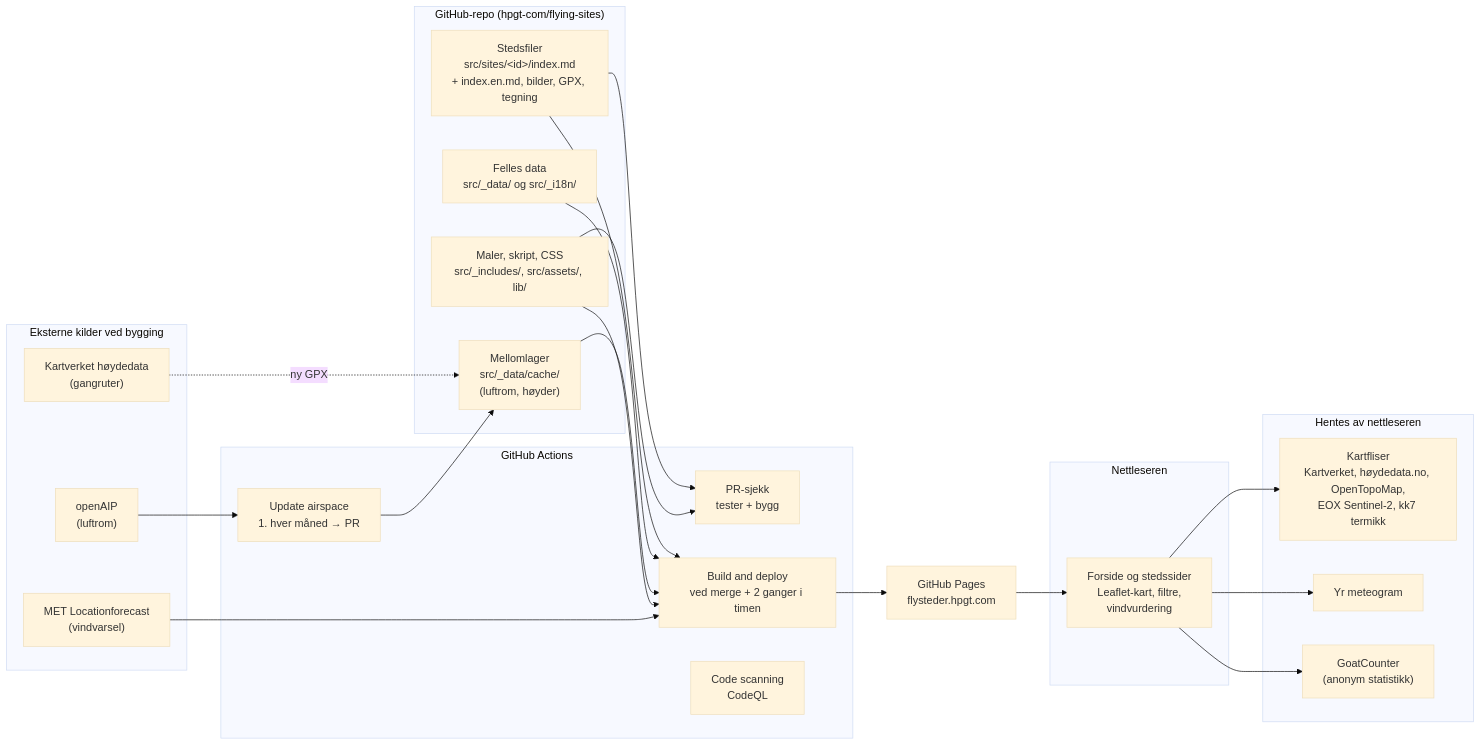
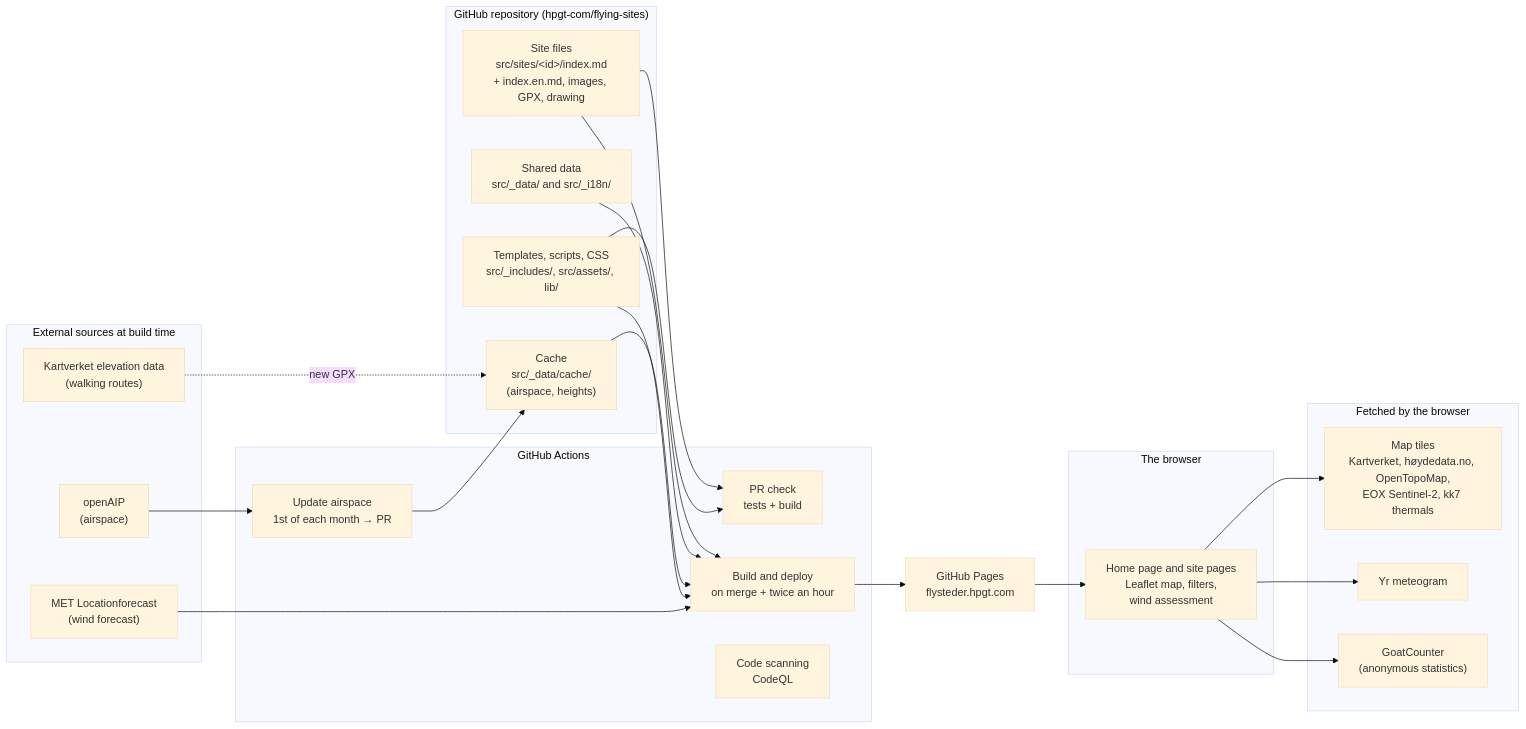
One commit to hpgt-com/flying-sites changed the first of 6 diagrams in docs/architecture.md. Above: the diagram before and after it, drawn with Mermaid (base theme). The commit also changed other lines of this file and 7 other files, not shown here.

````diff
--- a/docs/architecture.md
+++ b/docs/architecture.md
@@ -13,42 +13,42 @@
 ```mermaid
 flowchart LR
-  subgraph repo["GitHub-repo (hpgt-com/flying-sites)"]
-    sites["Stedsfiler<br/>src/sites/&lt;id&gt;/index.md<br/>+ index.en.md, bilder, GPX, tegning"]
-    data["Felles data<br/>src/_data/ og src/_i18n/"]
-    cache["Mellomlager<br/>src/_data/cache/<br/>(luftrom, høyder)"]
-    code["Maler, skript, CSS<br/>src/_includes/, src/assets/, lib/"]
+  subgraph repo["GitHub repository (hpgt-com/flying-sites)"]
+    sites["Site files<br/>src/sites/&lt;id&gt;/index.md<br/>+ index.en.md, images, GPX, drawing"]
+    data["Shared data<br/>src/_data/ and src/_i18n/"]
+    cache["Cache<br/>src/_data/cache/<br/>(airspace, heights)"]
+    code["Templates, scripts, CSS<br/>src/_includes/, src/assets/, lib/"]
   end
 
   subgraph actions["GitHub Actions"]
-    prcheck["PR-sjekk<br/>tester + bygg"]
-    deploy["Build and deploy<br/>ved merge + 2 ganger i timen"]
-    airspace["Update airspace<br/>1. hver måned → PR"]
+    prcheck["PR check<br/>tests + build"]
+    deploy["Build and deploy<br/>on merge + twice an hour"]
+    airspace["Update airspace<br/>1st of each month → PR"]
     scan["Code scanning<br/>CodeQL"]
   end
 
-  subgraph ext["Eksterne kilder ved bygging"]
-    met["MET Locationforecast<br/>(vindvarsel)"]
-    kv["Kartverket høydedata<br/>(gangruter)"]
-    oaip["openAIP<br/>(luftrom)"]
+  subgraph ext["External sources at build time"]
+    met["MET Locationforecast<br/>(wind forecast)"]
+    kv["Kartverket elevation data<br/>(walking routes)"]
+    oaip["openAIP<br/>(airspace)"]
   end
 
   pages["GitHub Pages<br/>flysteder.hpgt.com"]
 
-  subgraph browser["Nettleseren"]
-    ui["Forside og stedssider<br/>Leaflet-kart, filtre,<br/>vindvurdering"]
+  subgraph browser["The browser"]
+    ui["Home page and site pages<br/>Leaflet map, filters,<br/>wind assessment"]
   end
 
-  subgraph runtime["Hentes av nettleseren"]
-    tiles["Kartfliser<br/>Kartverket, høydedata.no, OpenTopoMap,<br/>EOX Sentinel-2, kk7 termikk"]
+  subgraph runtime["Fetched by the browser"]
+    tiles["Map tiles<br/>Kartverket, høydedata.no, OpenTopoMap,<br/>EOX Sentinel-2, kk7 thermals"]
     yr["Yr meteogram"]
-    gc["GoatCounter<br/>(anonym statistikk)"]
+    gc["GoatCounter<br/>(anonymous statistics)"]
   end
 
   sites & data & cache & code --> deploy
   sites & code --> prcheck
   met --> deploy
-  kv -. "ny GPX" .-> cache
+  kv -. "new GPX" .-> cache
   oaip --> airspace --> cache
   deploy --> pages --> ui
   ui --> tiles & yr & gc
 ```
````
